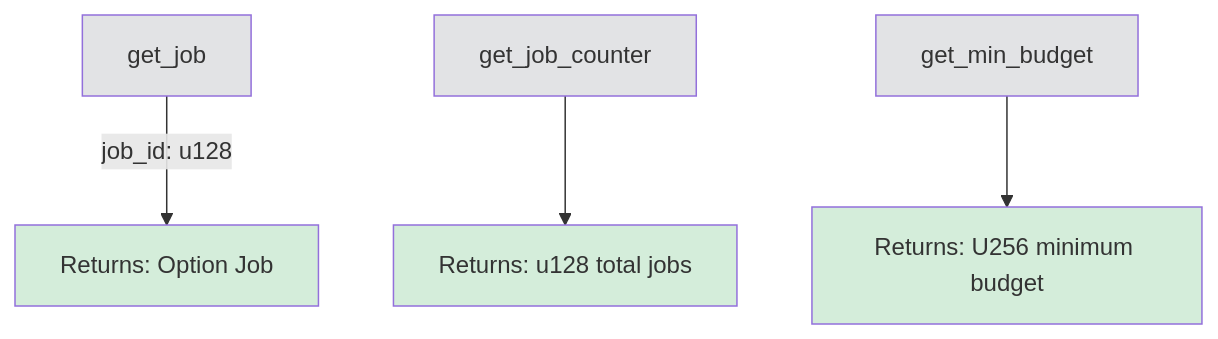
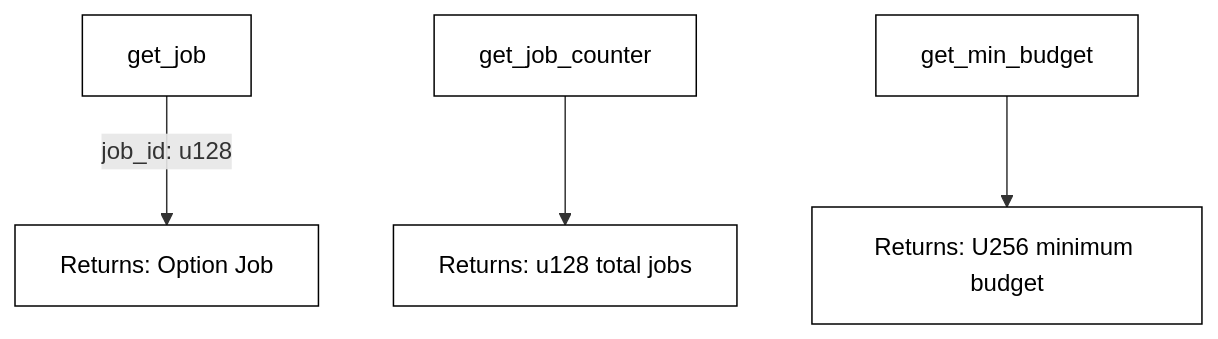
One commit to PolkaMesh/PolkaMesh-Contracts changed the ninth of 12 diagrams in ai_job_queue/README.md. Above: the diagram before and after it, drawn with Mermaid. The commit also changed other lines of this file and 4 other files, not shown here.

````diff
--- a/ai_job_queue/README.md
+++ b/ai_job_queue/README.md
@@ -216,13 +216,13 @@
 ```mermaid
 graph TB
     A[get_job] -->|job_id: u128| A1[Returns: Option Job]
     B[get_job_counter] --> B1[Returns: u128 total jobs]
     C[get_min_budget] --> C1[Returns: U256 minimum budget]
 
-    style A fill:#e2e3e5
-    style B fill:#e2e3e5
-    style C fill:#e2e3e5
-    style A1 fill:#d4edda
-    style B1 fill:#d4edda
-    style C1 fill:#d4edda
+    style A fill:#ffffff,stroke:#000000,color:#000000
+    style B fill:#ffffff,stroke:#000000,color:#000000
+    style C fill:#ffffff,stroke:#000000,color:#000000
+    style A1 fill:#ffffff,stroke:#000000,color:#000000
+    style B1 fill:#ffffff,stroke:#000000,color:#000000
+    style C1 fill:#ffffff,stroke:#000000,color:#000000
 ```
````
